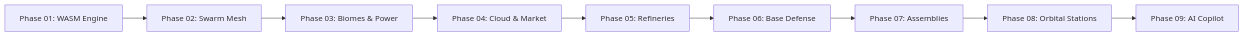
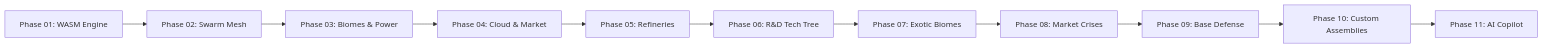
Before and after one commit to Berkawaii/codingTycoonGame: the fourth of 4 diagrams in README.md, drawn with Mermaid. The commit also changed other lines of this file and 2 other files, not shown here.

Commit message:
docs(roadmap): update README.md and RoadmapModal.tsx with final 11-phase roadmap without emojis

````diff
--- a/README.md
+++ b/README.md
@@ -78,11 +78,13 @@
 ```mermaid
 graph LR
     P1[Phase 01: WASM Engine] --> P2[Phase 02: Swarm Mesh]
     P2 --> P3[Phase 03: Biomes & Power]
     P3 --> P4[Phase 04: Cloud & Market]
     P4 --> P5[Phase 05: Refineries]
-    P5 --> P6[Phase 06: Base Defense]
-    P6 --> P7[Phase 07: Assemblies]
-    P7 --> P8[Phase 08: Orbital Stations]
-    P8 --> P9[Phase 09: AI Copilot]
+    P5 --> P6[Phase 06: R&D Tech Tree]
+    P6 --> P7[Phase 07: Exotic Biomes]
+    P7 --> P8[Phase 08: Market Crises]
+    P8 --> P9[Phase 09: Base Defense]
+    P9 --> P10[Phase 10: Custom Assemblies]
+    P10 --> P11[Phase 11: AI Copilot]
 ```
````
